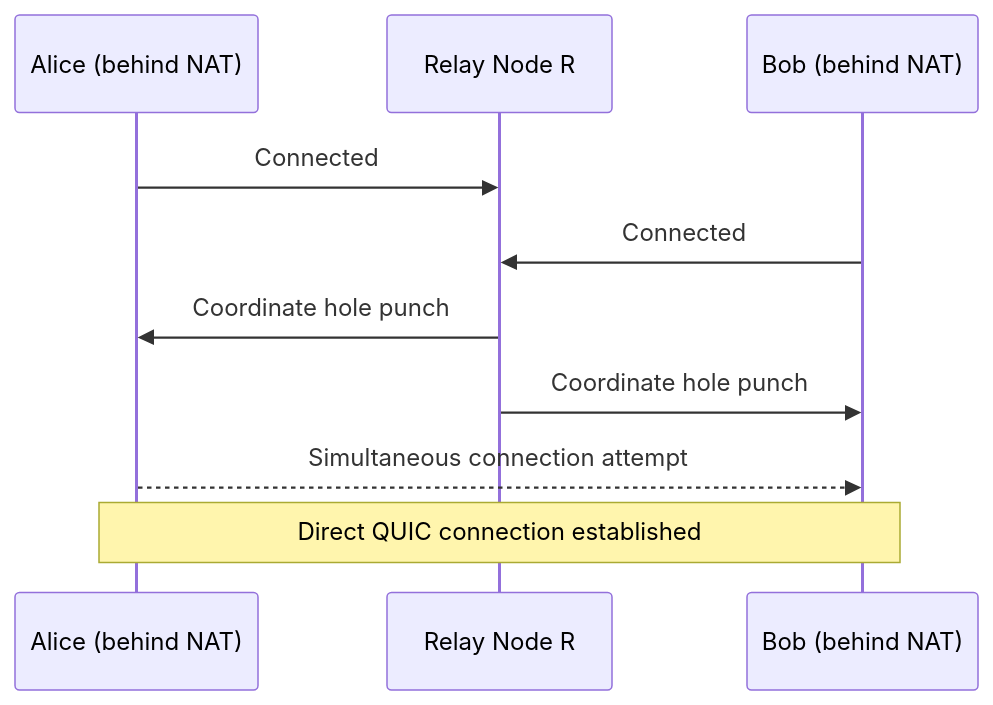
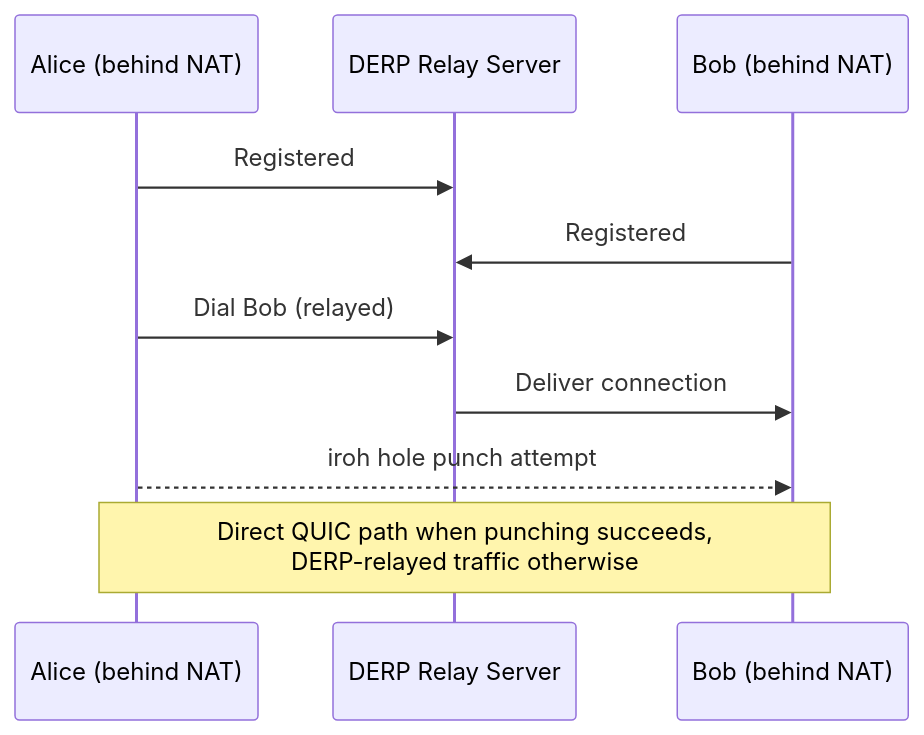
The second of 4 diagrams in docs/03-networking.md (alexanderwanyoike/jolt), drawn with Mermaid before and after one commit. The commit also changed other lines of this file and 9 other files, not shown here.

````diff
--- a/docs/03-networking.md
+++ b/docs/03-networking.md
@@ -82,13 +77,13 @@
 ```mermaid
 sequenceDiagram
     participant Alice as Alice (behind NAT)
-    participant R as Relay Node R
+    participant D as DERP Relay Server
     participant Bob as Bob (behind NAT)
 
-    Alice->>R: Connected
-    Bob->>R: Connected
-    R->>Alice: Coordinate hole punch
-    R->>Bob: Coordinate hole punch
-    Alice-->>Bob: Simultaneous connection attempt
-    Note over Alice,Bob: Direct QUIC connection established
+    Alice->>D: Registered
+    Bob->>D: Registered
+    Alice->>D: Dial Bob (relayed)
+    D->>Bob: Deliver connection
+    Alice-->>Bob: iroh hole punch attempt
+    Note over Alice,Bob: Direct QUIC path when punching succeeds,<br/>DERP-relayed traffic otherwise
 ```
````
